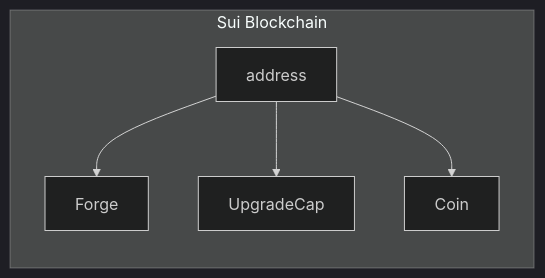
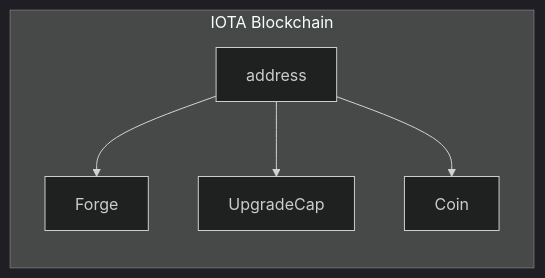
Before and after one commit to rafnixschaf/iota: the first of 2 diagrams in docs/content/guides/developer/first-app/publish.mdx, drawn with Mermaid (dark theme). The commit also changed other lines of this file and 9928 other files, not shown here.

````diff
--- a/docs/content/guides/developer/first-app/publish.mdx
+++ b/docs/content/guides/developer/first-app/publish.mdx
@@ -70,10 +70,10 @@
 ```mermaid
 flowchart TB
 
-    subgraph Sui Blockchain
+    subgraph IOTA Blockchain
         direction TB
         address --> Forge
 	address --> UpgradeCap
 	address --> Coin
     end
 ```
````
